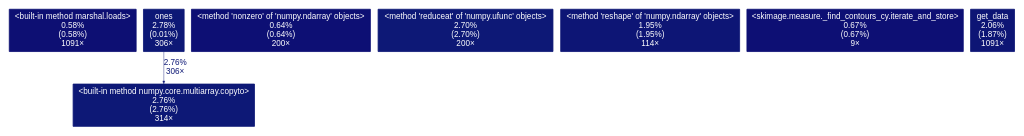
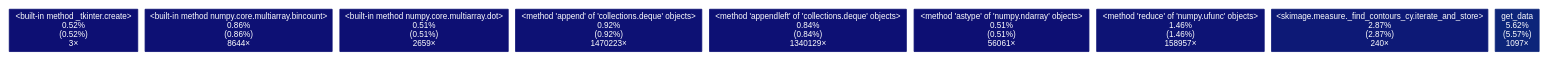
The diagram in version_2/profile/demo.dot (nicolasaaron/APC524_project_drosophila), drawn with Graphviz before and after one commit. The commit also changed 12 other files, not shown here.

```diff
--- a/version_2/profile/demo.dot
+++ b/version_2/profile/demo.dot
@@ -1,14 +1,14 @@
 digraph {
 	graph [fontname=Arial, nodesep=0.125, ranksep=0.25];
 	node [fontcolor=white, fontname=Arial, height=0, shape=box, style=filled, width=0];
 	edge [fontname=Arial];
-	"<built-in method marshal.loads>" [color="#0d0f73", fontcolor="#ffffff", fontsize="10.00", label="<built-in method marshal.loads>\n0.58%\n(0.58%)\n1091×"];
-	"<built-in method numpy.core.multiarray.copyto>" [color="#0d1876", fontcolor="#ffffff", fontsize="10.00", label="<built-in method numpy.core.multiarray.copyto>\n2.76%\n(2.76%)\n314×"];
-	"<method 'nonzero' of 'numpy.ndarray' objects>" [color="#0d0f74", fontcolor="#ffffff", fontsize="10.00", label="<method 'nonzero' of 'numpy.ndarray' objects>\n0.64%\n(0.64%)\n200×"];
-	"<method 'reduceat' of 'numpy.ufunc' objects>" [color="#0d1876", fontcolor="#ffffff", fontsize="10.00", label="<method 'reduceat' of 'numpy.ufunc' objects>\n2.70%\n(2.70%)\n200×"];
-	"<method 'reshape' of 'numpy.ndarray' objects>" [color="#0d1575", fontcolor="#ffffff", fontsize="10.00", label="<method 'reshape' of 'numpy.ndarray' objects>\n1.95%\n(1.95%)\n114×"];
-	"<skimage.measure._find_contours_cy.iterate_and_store>" [color="#0d0f74", fontcolor="#ffffff", fontsize="10.00", label="<skimage.measure._find_contours_cy.iterate_and_store>\n0.67%\n(0.67%)\n9×"];
-	"get_data" [color="#0d1575", fontcolor="#ffffff", fontsize="10.00", label="get_data\n2.06%\n(1.87%)\n1091×"];
-	ones [color="#0d1876", fontcolor="#ffffff", fontsize="10.00", label="ones\n2.78%\n(0.01%)\n306×"];
-	ones -> "<built-in method numpy.core.multiarray.copyto>" [arrowsize="0.35", color="#0d1876", fontcolor="#0d1876", fontsize="10.00", label="2.76%\n306×", labeldistance="0.50", penwidth="0.50"];
+	"<built-in method _tkinter.create>" [color="#0d0f73", fontcolor="#ffffff", fontsize="10.00", label="<built-in method _tkinter.create>\n0.52%\n(0.52%)\n3×"];
+	"<built-in method numpy.core.multiarray.bincount>" [color="#0d1074", fontcolor="#ffffff", fontsize="10.00", label="<built-in method numpy.core.multiarray.bincount>\n0.86%\n(0.86%)\n8644×"];
+	"<built-in method numpy.core.multiarray.dot>" [color="#0d0f73", fontcolor="#ffffff", fontsize="10.00", label="<built-in method numpy.core.multiarray.dot>\n0.51%\n(0.51%)\n2659×"];
+	"<method 'append' of 'collections.deque' objects>" [color="#0d1174", fontcolor="#ffffff", fontsize="10.00", label="<method 'append' of 'collections.deque' objects>\n0.92%\n(0.92%)\n1470223×"];
+	"<method 'appendleft' of 'collections.deque' objects>" [color="#0d1074", fontcolor="#ffffff", fontsize="10.00", label="<method 'appendleft' of 'collections.deque' objects>\n0.84%\n(0.84%)\n1340129×"];
+	"<method 'astype' of 'numpy.ndarray' objects>" [color="#0d0f73", fontcolor="#ffffff", fontsize="10.00", label="<method 'astype' of 'numpy.ndarray' objects>\n0.51%\n(0.51%)\n56061×"];
+	"<method 'reduce' of 'numpy.ufunc' objects>" [color="#0d1375", fontcolor="#ffffff", fontsize="10.00", label="<method 'reduce' of 'numpy.ufunc' objects>\n1.46%\n(1.46%)\n158957×"];
+	"<skimage.measure._find_contours_cy.iterate_and_store>" [color="#0d1976", fontcolor="#ffffff", fontsize="10.00", label="<skimage.measure._find_contours_cy.iterate_and_store>\n2.87%\n(2.87%)\n240×"];
+	"get_data" [color="#0d257a", fontcolor="#ffffff", fontsize="10.00", label="get_data\n5.62%\n(5.57%)\n1097×"];
 }
```
